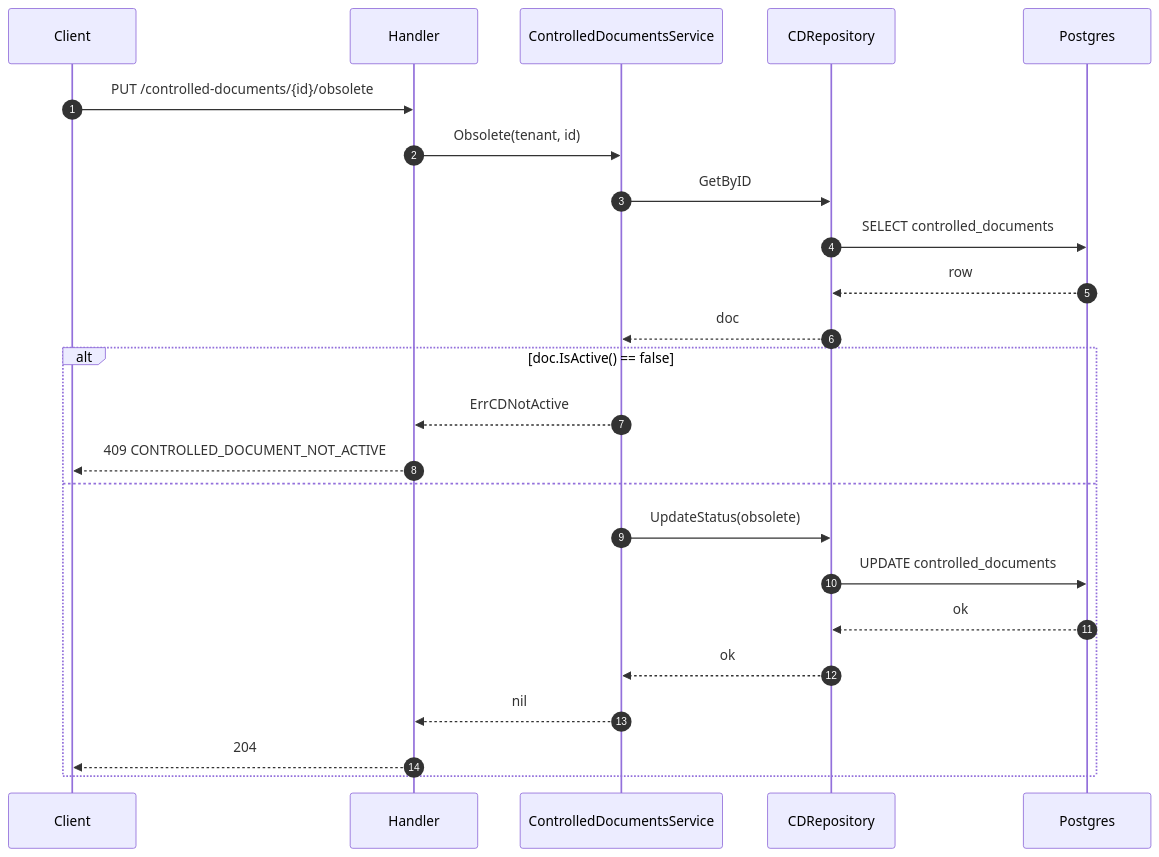
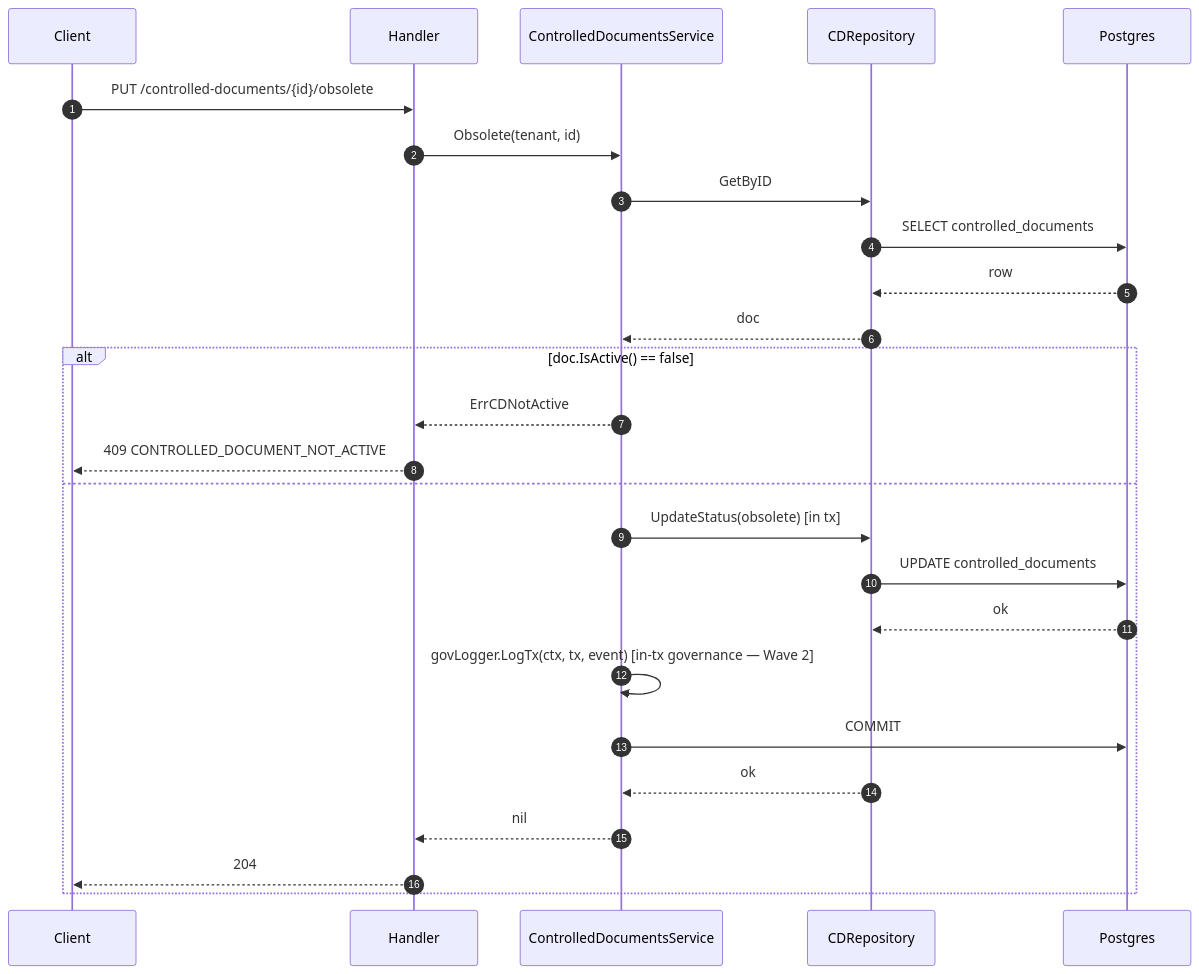
The fifth of 5 diagrams in wiki/modules/controlled-documents.md (developmentconexus-ops/MetalDocs), drawn with Mermaid before and after one commit. The commit also changed other lines of this file and 21 other files, not shown here.

````diff
--- a/wiki/modules/controlled-documents.md
+++ b/wiki/modules/controlled-documents.md
@@ -293,26 +306,28 @@
 ```mermaid
 sequenceDiagram
     autonumber
     participant C as Client
     participant H as Handler
     participant S as ControlledDocumentsService
     participant Repo as CDRepository
     participant DB as Postgres
     C->>H: PUT /controlled-documents/{id}/obsolete
     H->>S: Obsolete(tenant, id)
     S->>Repo: GetByID
     Repo->>DB: SELECT controlled_documents
     DB-->>Repo: row
     Repo-->>S: doc
     alt doc.IsActive() == false
         S-->>H: ErrCDNotActive
         H-->>C: 409 CONTROLLED_DOCUMENT_NOT_ACTIVE
     else
-        S->>Repo: UpdateStatus(obsolete)
+        S->>Repo: UpdateStatus(obsolete) [in tx]
         Repo->>DB: UPDATE controlled_documents
         DB-->>Repo: ok
+        S->>S: govLogger.LogTx(ctx, tx, event) [in-tx governance — Wave 2]
+        S->>DB: COMMIT
         Repo-->>S: ok
         S-->>H: nil
         H-->>C: 204
     end
 ```
````
